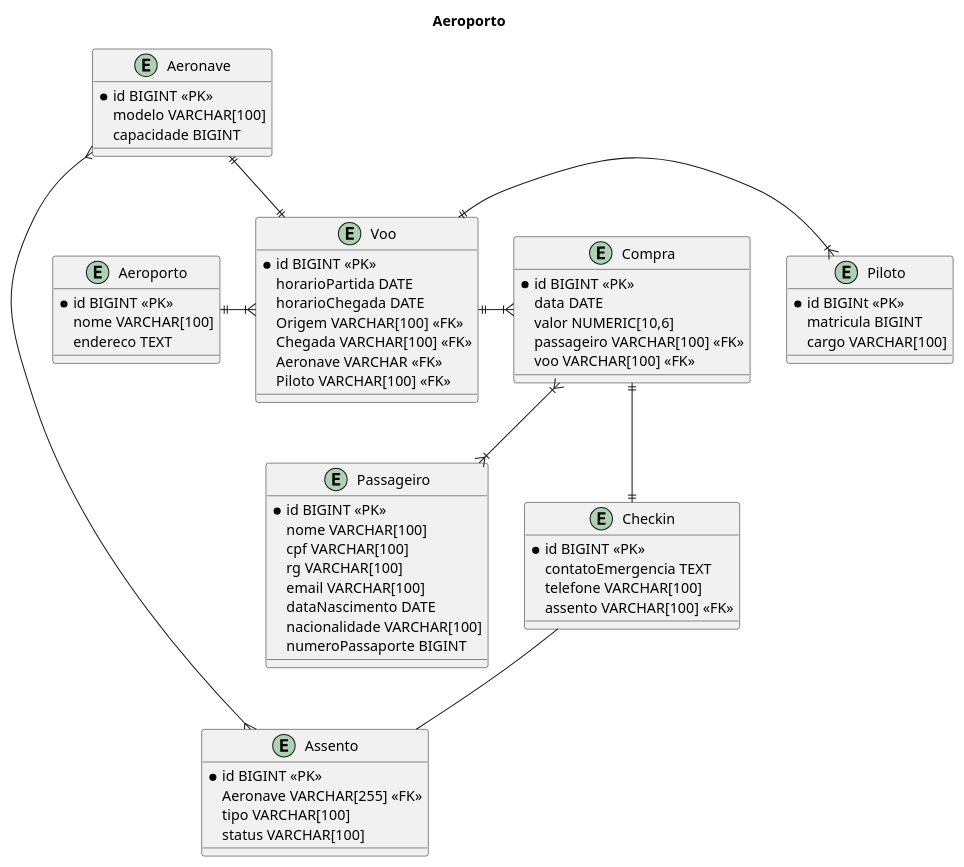
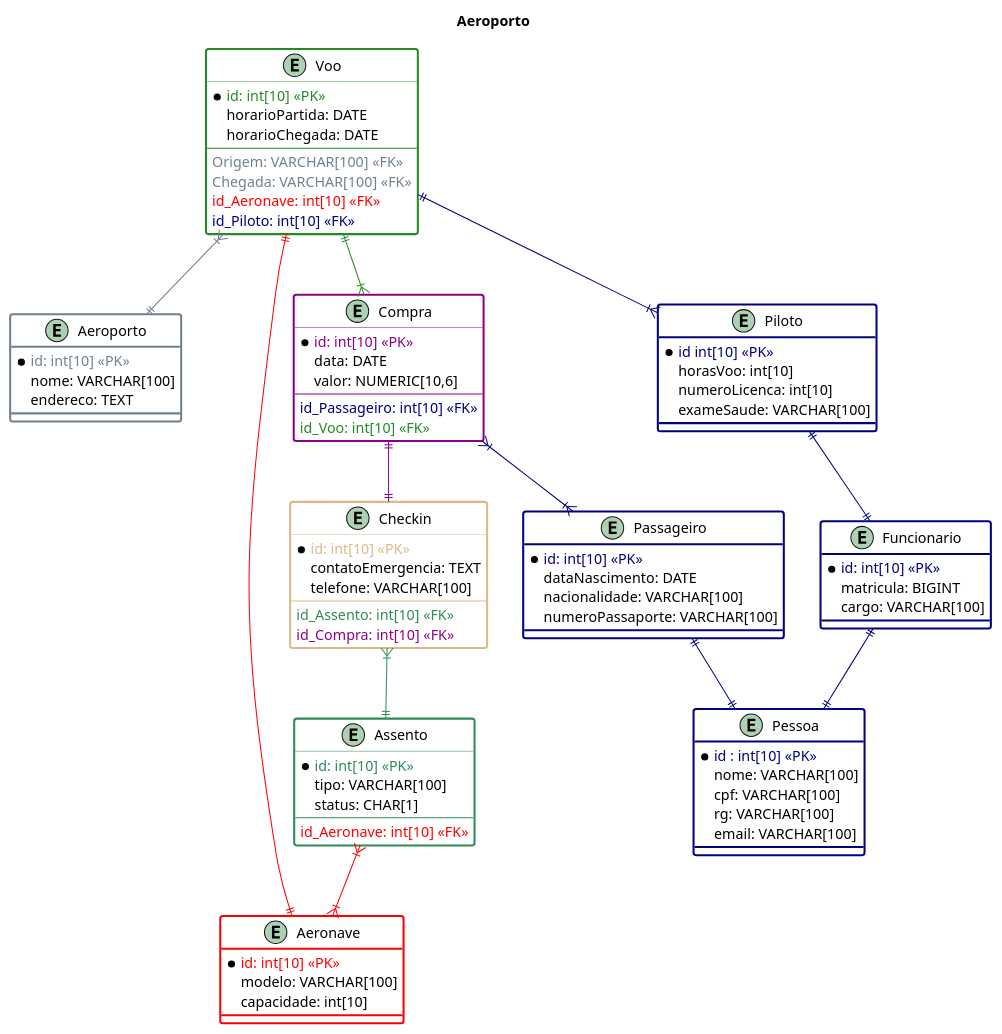
The diagram in Modelagem/aeroporto.wsd (galaticghost/guieq.klarrind), drawn with PlantUML before and after one commit. The commit also changed 14 other files, not shown here.

```diff
--- a/Modelagem/aeroporto.wsd
+++ b/Modelagem/aeroporto.wsd
@@ -1,75 +1,94 @@
 @startuml Aeroporto
 
 title Aeroporto
 
-entity Aeroporto{
-    *id BIGINT <<PK>>
-    nome VARCHAR[100]
-    endereco TEXT
+entity Aeroporto #white;line.bold;line:Slategrey{
+    *<color: SlateGray>id: int[10] <<PK>>
+    nome: VARCHAR[100]
+    endereco: TEXT
 }
 
-entity Aeronave{
-    *id BIGINT <<PK>>
-    modelo VARCHAR[100]
-    capacidade BIGINT
+entity Aeronave #white;line.bold;line:red{
+    *<color: red>id: int[10] <<PK>>
+    modelo: VARCHAR[100]
+    capacidade: int[10]
 }
 
-entity Voo{
-    *id BIGINT <<PK>>
-    horarioPartida DATE
-    horarioChegada DATE
-    Origem VARCHAR[100] <<FK>>
-    Chegada VARCHAR[100] <<FK>>
-    Aeronave VARCHAR <<FK>>
-    Piloto VARCHAR[100] <<FK>>
+entity Voo #white;line.bold;line:ForestGreen{
+    *<color: ForestGreen>id: int[10] <<PK>>
+    horarioPartida: DATE
+    horarioChegada: DATE
+    --
+    <color: SlateGray>Origem: VARCHAR[100] <<FK>>
+    <color: SlateGray>Chegada: VARCHAR[100] <<FK>>
+    <color: red>id_Aeronave: int[10] <<FK>>
+    <color: navy>id_Piloto: int[10] <<FK>>
 }
 
-entity Compra{
-    *id BIGINT <<PK>>
-    data DATE
-    valor NUMERIC[10,6]
-    passageiro VARCHAR[100] <<FK>>
-    voo VARCHAR[100] <<FK>>
+entity Compra #white;line.bold;line:DarkMagenta{
+    *<color: DarkMagenta>id: int[10] <<PK>>
+    data: DATE
+    valor: NUMERIC[10,6]
+    --
+    <color: navy>id_Passageiro: int[10] <<FK>>
+    <color: ForestGreen>id_Voo: int[10] <<FK>>
 }
 
-entity Passageiro{
-    *id BIGINT <<PK>>
-    nome VARCHAR[100]
-    cpf VARCHAR[100]
-    rg VARCHAR[100]
-    email VARCHAR[100]
-    dataNascimento DATE
-    nacionalidade VARCHAR[100]
-    numeroPassaporte BIGINT
+entity Passageiro #white;line.bold;line:navy{
+    *<color: navy>id: int[10] <<PK>>
+    dataNascimento: DATE
+    nacionalidade: VARCHAR[100]
+    numeroPassaporte: VARCHAR[100]
 }
 
-entity Checkin{
-    *id BIGINT <<PK>>
-    contatoEmergencia TEXT
-    telefone VARCHAR[100]
-    assento VARCHAR[100] <<FK>> 
+entity Pessoa #white;line.bold;line:navy {
+    *<color: navy>id : int[10] <<PK>>
+    nome: VARCHAR[100]
+    cpf: VARCHAR[100]
+    rg: VARCHAR[100]
+    email: VARCHAR[100]
 }
 
-entity Assento{
-    *id BIGINT <<PK>>
-    Aeronave VARCHAR[255] <<FK>>
-    tipo VARCHAR[100]
-    status VARCHAR[100]
+entity Checkin #white;line.bold;line:Burlywood{
+    *<color: BurlyWood>id: int[10] <<PK>>
+    contatoEmergencia: TEXT
+    telefone: VARCHAR[100]
+    --
+    <color: SeaGreen>id_Assento: int[10] <<FK>>
+    <color: DarkMagenta>id_Compra: int[10] <<FK>> 
 }
 
-entity Piloto{
-    *id BIGINt <<PK>>
-    matricula BIGINT
-    cargo VARCHAR[100]
+entity Assento #white;line.bold;line:SeaGreen{
+    *<color: SeaGreen>id: int[10] <<PK>>
+    tipo: VARCHAR[100]
+    status: CHAR[1]
+    --
+    <color: red>id_Aeronave: int[10] <<FK>>
 }
 
-Voo ||-up-|| Aeronave
-Voo }|-left-|| Aeroporto
-Voo ||-right-|{ Piloto
-Voo ||-right-|{ Compra
-Compra }|--|{ Passageiro
-Compra ||--|| Checkin
-Checkin -- Assento
-Assento }-left-{ Aeronave
+entity Piloto #white;line.bold;line:navy{
+    *<color: navy>id int[10] <<PK>>
+    horasVoo: int[10]
+    numeroLicenca: int[10]
+    exameSaude: VARCHAR[100]
+}
+
+entity Funcionario #white;line.bold;line:navy{
+    *<color: navy>id: int[10] <<PK>>
+    matricula: BIGINT
+    cargo: VARCHAR[100]
+}
+
+Voo ||-[#red]-|| Aeronave
+Voo }|-[#SlateGray]-|| Aeroporto
+Voo ||-[#navy]-|{ Piloto
+Voo ||-[#ForestGreen]-|{ Compra
+Compra }|-[#navy]-|{ Passageiro
+Compra ||-[#DarkMagenta]-|| Checkin
+Checkin }|-[#SeaGreen]-|| Assento
+Assento }|-[#red]-|{ Aeronave
+Piloto ||-[#navy]-|| Funcionario
+Funcionario ||-[#navy]-|| Pessoa
+Passageiro ||-[#navy]-|| Pessoa
 
 @enduml
```
